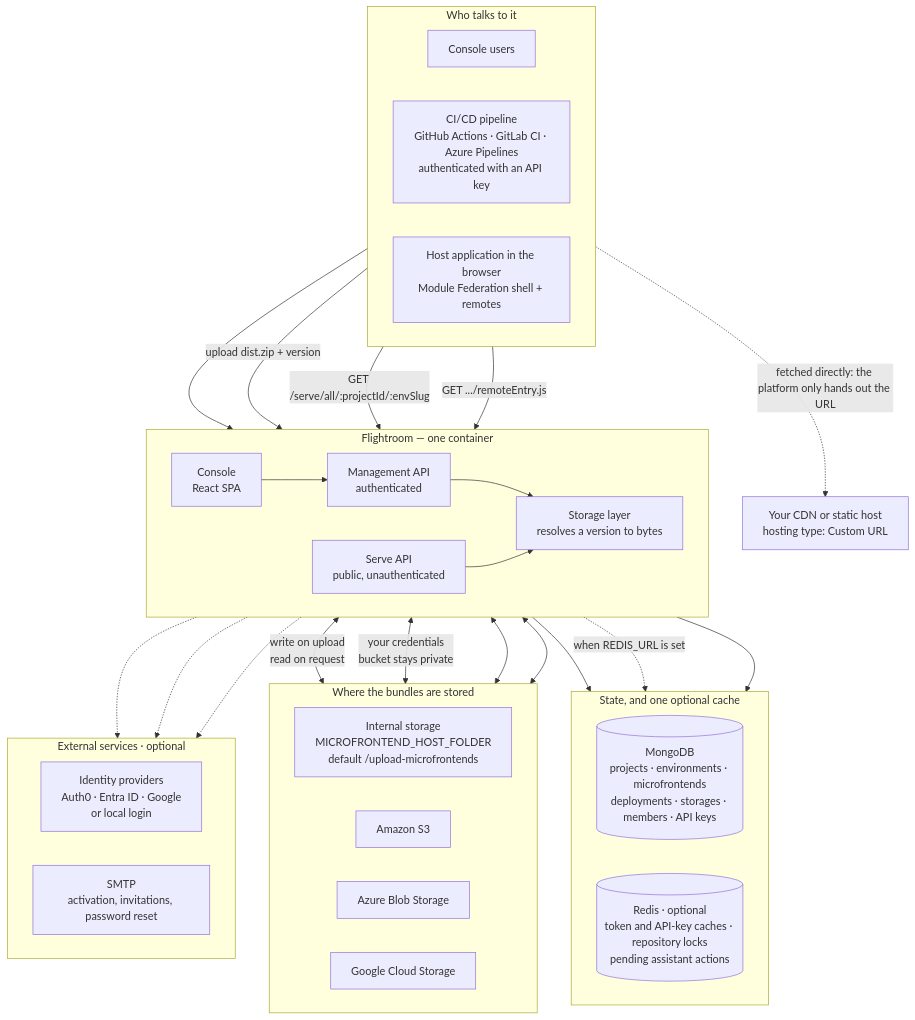
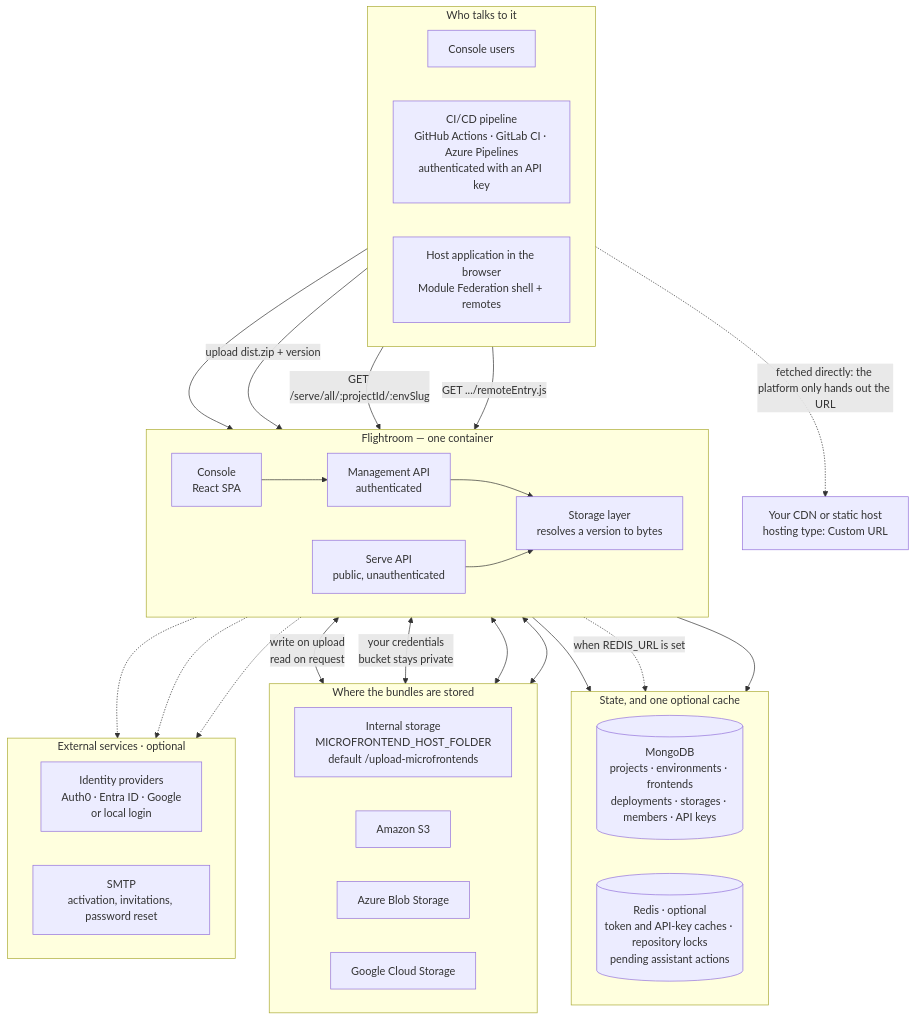
One commit to flightroom/documentation changed the first of 5 diagrams in docs/architecture.md. Above: the diagram before and after it, drawn with Mermaid. The commit also changed other lines of this file and 85 other files, not shown here.

````diff
--- a/docs/architecture.md
+++ b/docs/architecture.md
@@ -29,62 +29,62 @@
 ```mermaid
 flowchart TB
     subgraph clients["Who talks to it"]
         direction LR
         people["Console users"]
         ci["CI/CD pipeline<br/>GitHub Actions · GitLab CI · Azure Pipelines<br/>authenticated with an API key"]
         browser["Host application in the browser<br/>Module Federation shell + remotes"]
     end
 
     subgraph orch["Flightroom — one container"]
         direction LR
         console["Console<br/>React SPA"]
         mgmt["Management API<br/>authenticated"]
         serve["Serve API<br/>public, unauthenticated"]
         storage["Storage layer<br/>resolves a version to bytes"]
     end
 
     subgraph state["State, and one optional cache"]
         direction LR
-        mongo[("MongoDB<br/>projects · environments · microfrontends<br/>deployments · storages · members · API keys")]
+        mongo[("MongoDB<br/>projects · environments · frontends<br/>deployments · storages · members · API keys")]
         redis[("Redis · optional<br/>token and API-key caches · repository locks<br/>pending assistant actions")]
     end
 
     subgraph artifacts["Where the bundles are stored"]
         direction LR
         internal["Internal storage<br/>MICROFRONTEND_HOST_FOLDER<br/>default /upload-microfrontends"]
         s3["Amazon S3"]
         blob["Azure Blob Storage"]
         gcs["Google Cloud Storage"]
     end
 
     subgraph optional["External services · optional"]
         direction LR
         idp["Identity providers<br/>Auth0 · Entra ID · Google<br/>or local login"]
         smtp["SMTP<br/>activation, invitations, password reset"]
     end
 
     ext["Your CDN or static host<br/>hosting type: Custom URL"]
 
     people --> console
     console --> mgmt
     ci -->|"upload dist.zip + version"| mgmt
     browser -->|"GET /serve/all/:projectId/:envSlug"| serve
     browser -->|"GET .../remoteEntry.js"| serve
 
     mgmt --> storage
     serve --> storage
     mgmt --> mongo
     mgmt -.->|"when REDIS_URL is set"| redis
     serve --> mongo
 
     console -.-> idp
     mgmt -.-> idp
     mgmt -.-> smtp
 
     storage <-->|"write on upload<br/>read on request"| internal
     storage <-->|"your credentials<br/>bucket stays private"| s3
     storage <--> blob
     storage <--> gcs
 
     browser -.->|"fetched directly: the platform only hands out the URL"| ext
 ```
````
